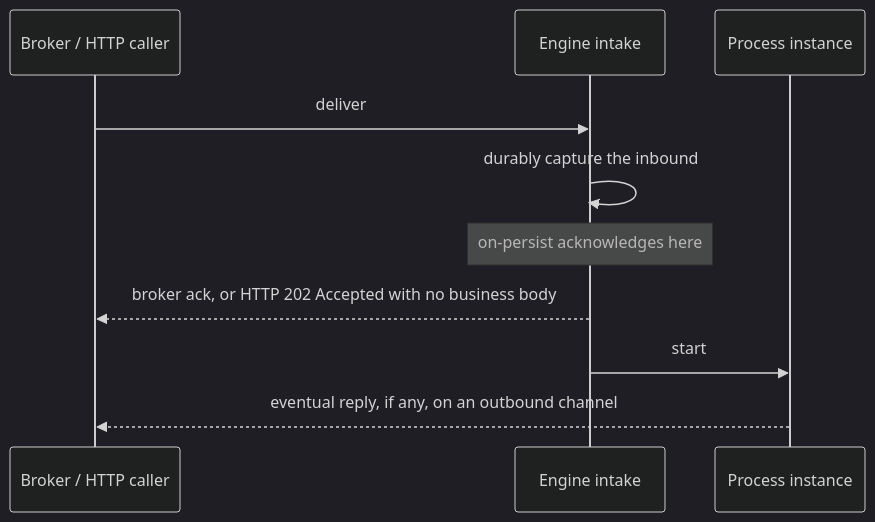
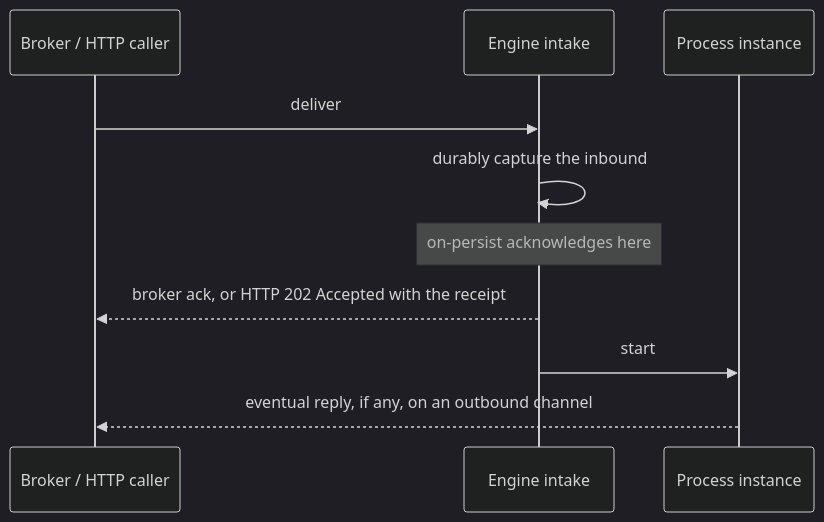
The first of 3 diagrams in docs/src/operating/ack-modes.md (startr-trade/sutra), drawn with Mermaid (dark theme) before and after one commit. The commit also changed other lines of this file and 196 other files, not shown here.

Commit message:
0.6.18 — a second deployment is refused a taken endpoint; acceptance receipts; instance reads take the admin key; no inbound message goes silently; a flow without q:reply answers empty

````diff
--- a/docs/src/operating/ack-modes.md
+++ b/docs/src/operating/ack-modes.md
@@ -21,12 +21,12 @@
 ```mermaid
 sequenceDiagram
     participant S as Broker / HTTP caller
     participant E as Engine intake
     participant P as Process instance
     S->>E: deliver
     E->>E: durably capture the inbound
     Note over E: on-persist acknowledges here
-    E-->>S: broker ack, or HTTP 202 Accepted with no business body
+    E-->>S: broker ack, or HTTP 202 Accepted with the receipt
     E->>P: start
     P-->>S: eventual reply, if any, on an outbound channel
 ```
````
